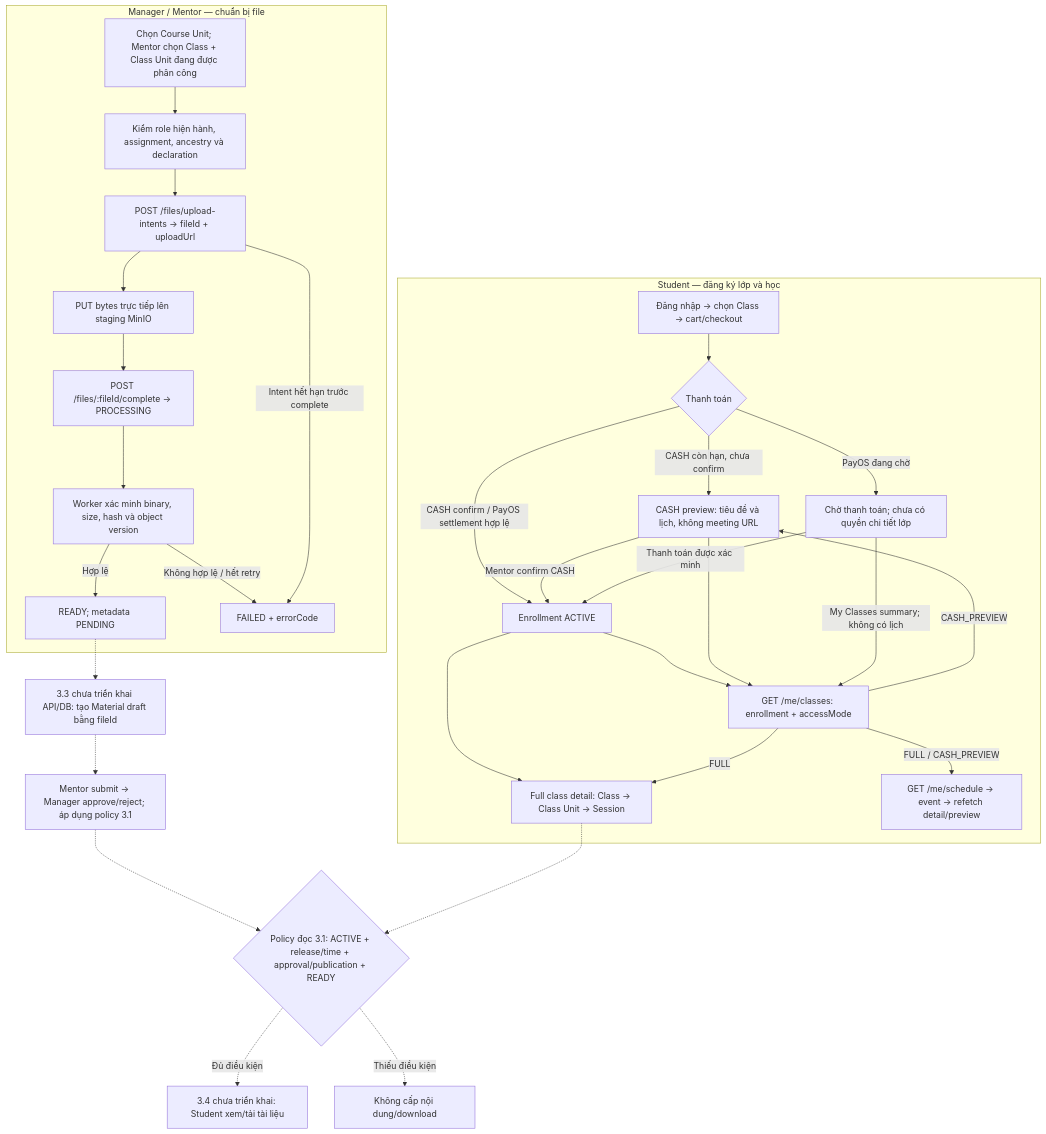
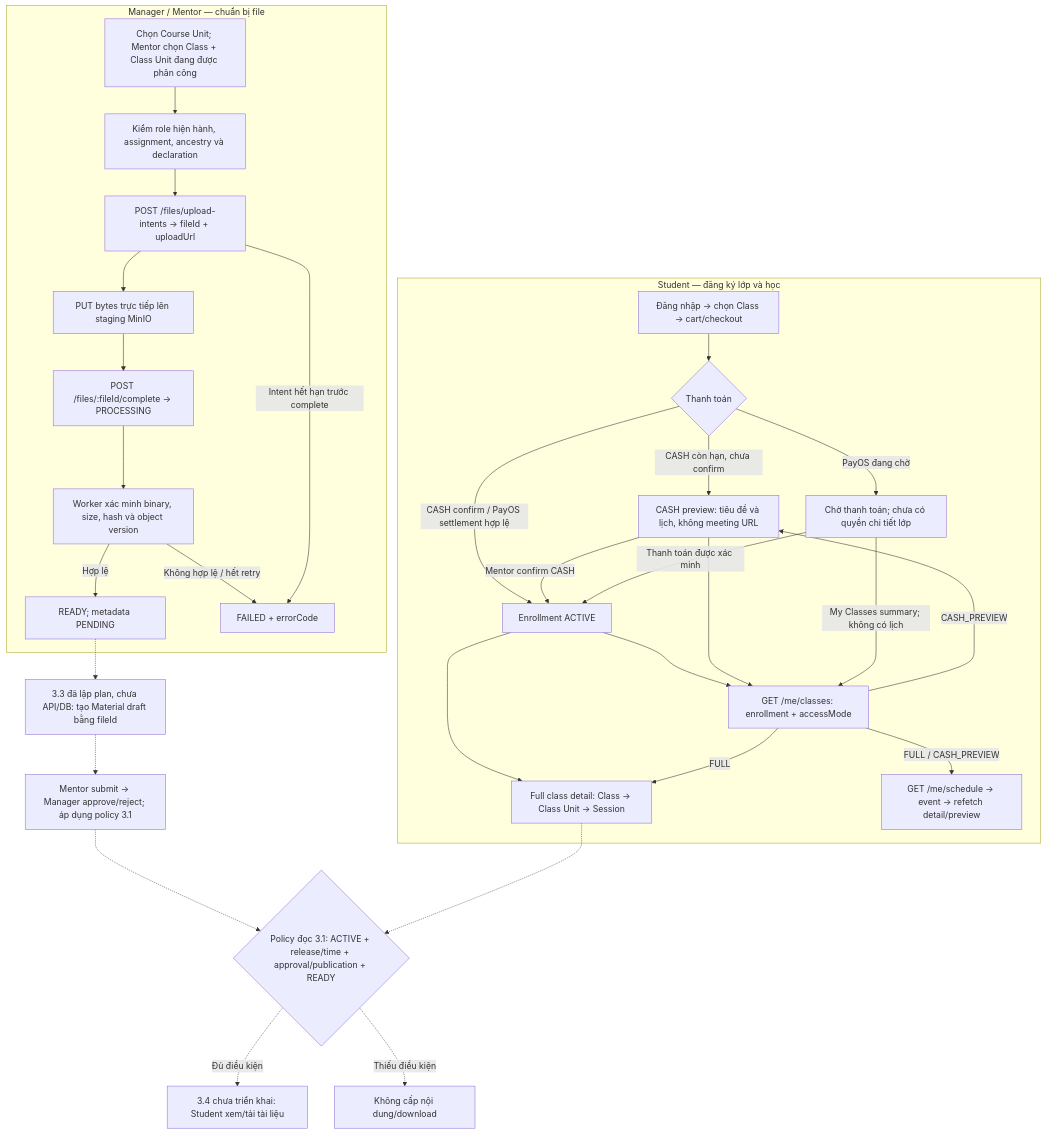
The first of 2 diagrams in docs/api_flow/PHASE_2_3_TO_3_2_FLOW.md (nhathuyck1/Mindy-BE), drawn with Mermaid before and after one commit. The commit also changed other lines of this file and 8 other files, not shown here.

First line of the commit message:
feat: Add Phase 3.3 API breakdown, Material management documentation, and progress tracking

````diff
--- a/docs/api_flow/PHASE_2_3_TO_3_2_FLOW.md
+++ b/docs/api_flow/PHASE_2_3_TO_3_2_FLOW.md
@@ -28,34 +29,34 @@
 ```mermaid
 flowchart TD
   subgraph STUDENT["Student — đăng ký lớp và học"]
     S["Đăng nhập → chọn Class → cart/checkout"] --> O{"Thanh toán"}
     O -->|"CASH còn hạn, chưa confirm"| CP["CASH preview: tiêu đề và lịch, không meeting URL"]
     O -->|"PayOS đang chờ"| PP["Chờ thanh toán; chưa có quyền chi tiết lớp"]
     O -->|"CASH confirm / PayOS settlement hợp lệ"| EN["Enrollment ACTIVE"]
     EN --> DETAIL["Full class detail: Class → Class Unit → Session"]
     CP -->|"Mentor confirm CASH"| EN
     PP -->|"Thanh toán được xác minh"| EN
     EN --> MY["GET /me/classes: enrollment + accessMode"]
     CP --> MY
     PP -->|"My Classes summary; không có lịch"| MY
     MY -->|FULL| DETAIL
     MY -->|CASH_PREVIEW| CP
     MY -->|"FULL / CASH_PREVIEW"| CAL["GET /me/schedule → event → refetch detail/preview"]
   end
   subgraph AUTHOR["Manager / Mentor — chuẩn bị file"]
     U["Chọn Course Unit; Mentor chọn Class + Class Unit đang được phân công"] --> AUTH["Kiểm role hiện hành, assignment, ancestry và declaration"]
     AUTH --> INT["POST /files/upload-intents → fileId + uploadUrl"]
     INT --> PUT["PUT bytes trực tiếp lên staging MinIO"]
     PUT --> COMPLETE["POST /files/:fileId/complete → PROCESSING"]
     COMPLETE --> WORK["Worker xác minh binary, size, hash và object version"]
     WORK -->|"Hợp lệ"| READY["READY; metadata PENDING"]
     WORK -->|"Không hợp lệ / hết retry"| FAILED["FAILED + errorCode"]
     INT -->|"Intent hết hạn trước complete"| FAILED
   end
-  READY -.-> MAT["3.3 chưa triển khai API/DB: tạo Material draft bằng fileId"]
+  READY -.-> MAT["3.3 đã lập plan, chưa API/DB: tạo Material draft bằng fileId"]
   MAT -.-> REVIEW["Mentor submit → Manager approve/reject; áp dụng policy 3.1"]
   REVIEW -.-> GATE{"Policy đọc 3.1: ACTIVE + release/time + approval/publication + READY"}
   DETAIL -.-> GATE
   GATE -.->|"Đủ điều kiện"| READ["3.4 chưa triển khai: Student xem/tải tài liệu"]
   GATE -.->|"Thiếu điều kiện"| DENY["Không cấp nội dung/download"]
 ```
````
